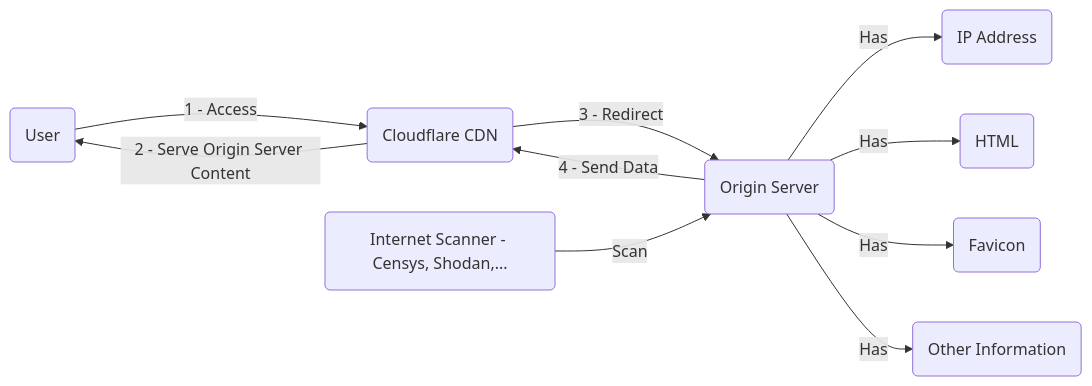
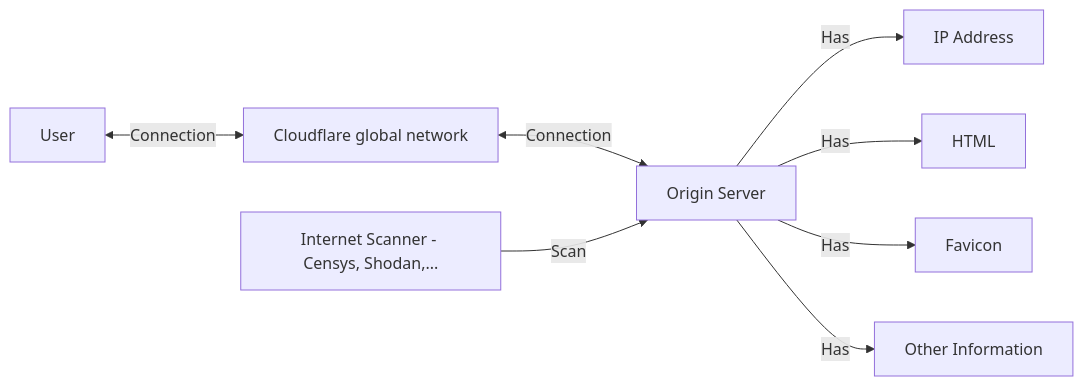
The diagram in _posts/2024-10-02-OSINT TTP How to find server behind Cloudflare.md (0xdefh/0xdefh.github.io), drawn with Mermaid before and after one commit. The commit also changed other lines of this file, not shown here.

````diff
--- a/_posts/2024-10-02-OSINT TTP How to find server behind Cloudflare.md
+++ b/_posts/2024-10-02-OSINT TTP How to find server behind Cloudflare.md
@@ -38,23 +40,21 @@
 ```mermaid
 flowchart LR
     %% define nodes
-    USER(User)
-    CLOUDFLARE(Cloudflare CDN)
-    TRUESERVER(Origin Server)
-    INTERNETSCANNER(Internet Scanner - Censys, Shodan,...)
-    IP(IP Address)
-    HTML(HTML)
-    FAV(Favicon)
-    OTHERS(Other Information)
+    USER[User]
+    CLOUDFLARE[Cloudflare global network]
+    TRUESERVER[Origin Server]
+    INTERNETSCANNER[Internet Scanner - Censys, Shodan,...]
+    IP[IP Address]
+    HTML[HTML]
+    FAV[Favicon]
+    OTHERS[Other Information]
 
     %% define edges    
-    USER -- 1 - Access --> CLOUDFLARE
-    CLOUDFLARE -- 2 - Serve Origin Server Content --> USER
-    CLOUDFLARE -- 3 - Redirect --> TRUESERVER
-    TRUESERVER -- 4 - Send Data --> CLOUDFLARE
+    USER <-- Connection --> CLOUDFLARE
+    CLOUDFLARE <-- Connection --> TRUESERVER
     INTERNETSCANNER -- Scan --> TRUESERVER
     TRUESERVER -- Has --> IP
     TRUESERVER -- Has --> HTML
     TRUESERVER -- Has --> FAV
     TRUESERVER -- Has --> OTHERS
 ```
````
